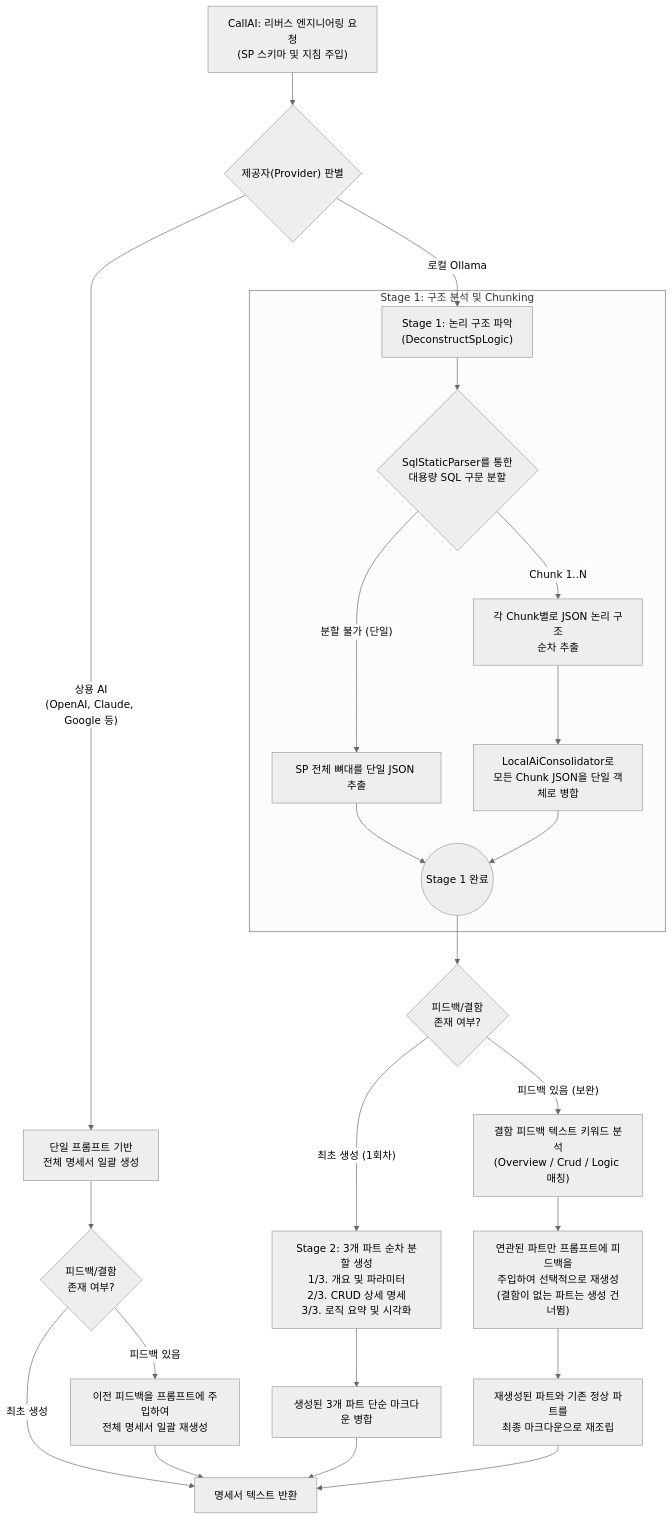
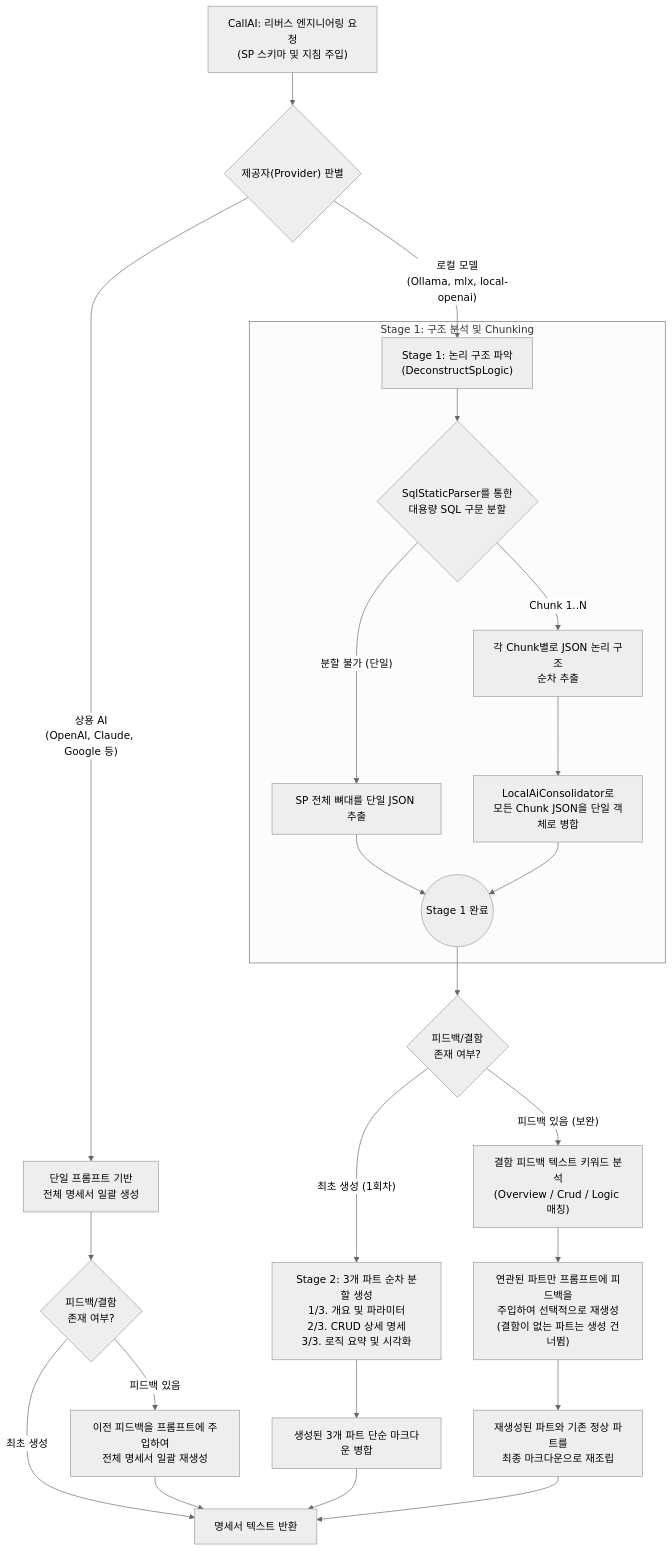
The sixth of 7 diagrams in docs/architecture.md (moondae815/ReSet), drawn with Mermaid (neutral theme) before and after one commit. The commit also changed other lines of this file and 7 other files, not shown here.

````diff
--- a/docs/architecture.md
+++ b/docs/architecture.md
@@ -306,36 +306,36 @@
 ```mermaid
 graph TD
     Start["CallAI: 리버스 엔지니어링 요청<br/>(SP 스키마 및 지침 주입)"] --> ProviderCheck{"제공자(Provider) 판별"}
 
     %% 상용 AI (일괄 생성)
     ProviderCheck -- "상용 AI<br/>(OpenAI, Claude, Google 등)" --> CommercialMono["단일 프롬프트 기반<br/>전체 명세서 일괄 생성"]
     CommercialMono --> CheckFeedback1{"피드백/결함<br/>존재 여부?"}
     CheckFeedback1 -- "최초 생성" --> ReturnSpec["명세서 텍스트 반환"]
     CheckFeedback1 -- "피드백 있음" --> CommercialMonoRe["이전 피드백을 프롬프트에 주입하여<br/>전체 명세서 일괄 재생성"]
     CommercialMonoRe --> ReturnSpec
 
-    %% 로컬 Ollama (분할 생성)
-    ProviderCheck -- "로컬 Ollama" --> OllamaDeconstruct["Stage 1: 논리 구조 파악<br/>(DeconstructSpLogic)"]
+    %% 로컬 AI (분할 생성 - Ollama, mlx-lm 등 IsLocalProvider 대상)
+    ProviderCheck -- "로컬 모델<br/>(Ollama, mlx, local-openai)" --> OllamaDeconstruct["Stage 1: 논리 구조 파악<br/>(DeconstructSpLogic)"]
 
     subgraph Stage1["Stage 1: 구조 분석 및 Chunking"]
         OllamaDeconstruct --> SqlParser{"SqlStaticParser를 통한<br/>대용량 SQL 구문 분할"}
         SqlParser -- "분할 불가 (단일)" --> ExtractMono["SP 전체 뼈대를 단일 JSON 추출"]
         SqlParser -- "Chunk 1..N" --> ExtractChunks["각 Chunk별로 JSON 논리 구조<br/>순차 추출"]
         ExtractChunks --> Consolidator["LocalAiConsolidator로<br/>모든 Chunk JSON을 단일 객체로 병합"]
         
         ExtractMono --> Stage1End(("Stage 1 완료"))
         Consolidator --> Stage1End
     end
 
     Stage1End --> CheckFeedback2{"피드백/결함<br/>존재 여부?"}
     
     CheckFeedback2 -- "최초 생성 (1회차)" --> OllamaSeqAll["Stage 2: 3개 파트 순차 분할 생성<br/>1/3. 개요 및 파라미터<br/>2/3. CRUD 상세 명세<br/>3/3. 로직 요약 및 시각화"]
     OllamaSeqAll --> OllamaAssemble["생성된 3개 파트 단순 마크다운 병합"]
     
     CheckFeedback2 -- "피드백 있음 (보완)" --> OllamaFeedbackParse["결함 피드백 텍스트 키워드 분석<br/>(Overview / Crud / Logic 매칭)"]
     OllamaFeedbackParse --> OllamaSeqSelective["연관된 파트만 프롬프트에 피드백을<br/>주입하여 선택적으로 재생성<br/>(결함이 없는 파트는 생성 건너뜀)"]
     OllamaSeqSelective --> OllamaAssembleSelective["재생성된 파트와 기존 정상 파트를<br/>최종 마크다운으로 재조립"]
     
     OllamaAssemble --> ReturnSpec
     OllamaAssembleSelective --> ReturnSpec
 ```
````
